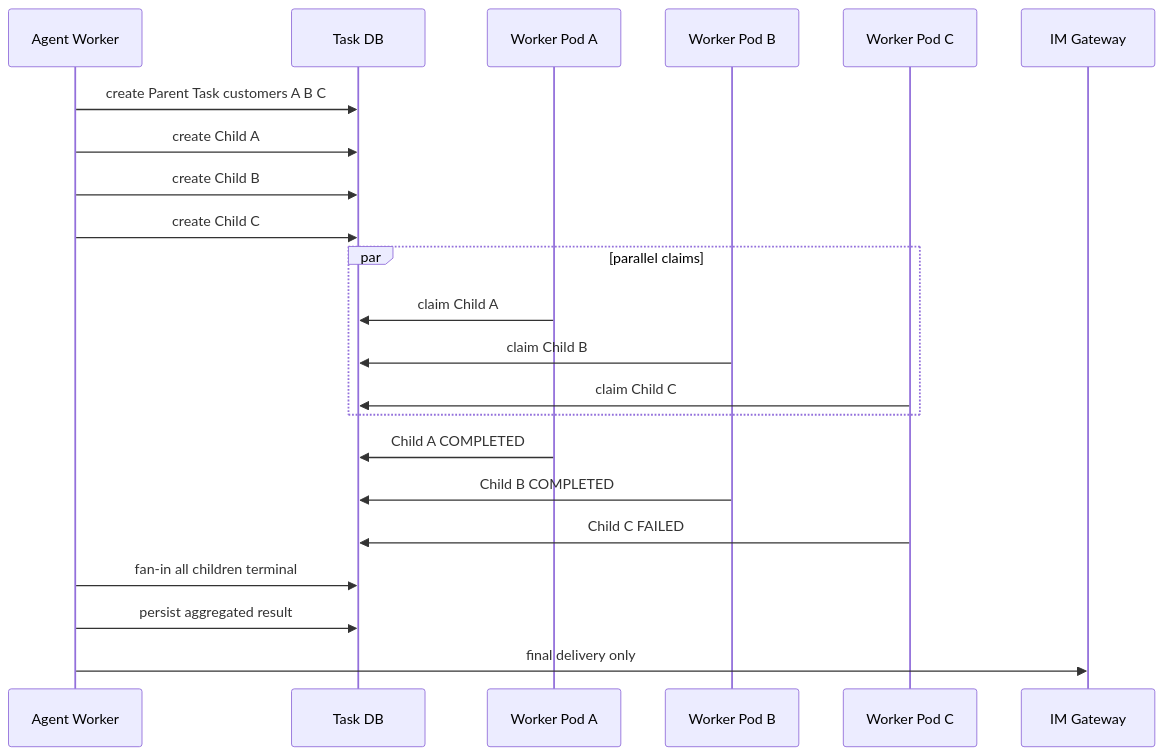
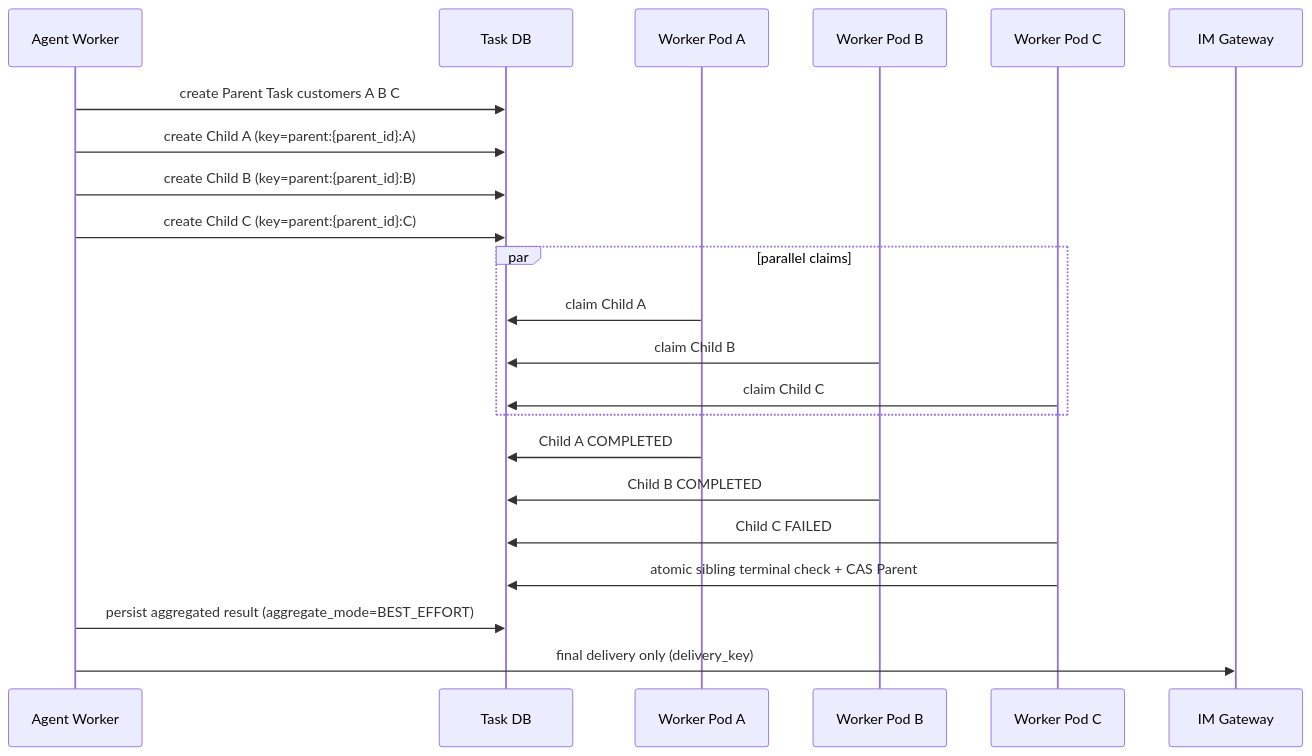
Before and after one commit to Michaelxwb/fluxion-harness: diagram 17 of 22 in docs/08-关键流程时序与状态机详细设计.md, drawn with Mermaid. The commit also changed other lines of this file and 55 other files, not shown here.

````diff
--- a/docs/08-关键流程时序与状态机详细设计.md
+++ b/docs/08-关键流程时序与状态机详细设计.md
@@ -458,27 +485,27 @@
 ```mermaid
 sequenceDiagram
     participant AW as Agent Worker
     participant DB as Task DB
     participant W1 as Worker Pod A
     participant W2 as Worker Pod B
     participant W3 as Worker Pod C
     participant IG as IM Gateway
 
     AW->>DB: create Parent Task customers A B C
-    AW->>DB: create Child A
-    AW->>DB: create Child B
-    AW->>DB: create Child C
+    AW->>DB: create Child A (key=parent:{parent_id}:A)
+    AW->>DB: create Child B (key=parent:{parent_id}:B)
+    AW->>DB: create Child C (key=parent:{parent_id}:C)
 
     par parallel claims
       W1->>DB: claim Child A
       W2->>DB: claim Child B
       W3->>DB: claim Child C
     end
 
     W1->>DB: Child A COMPLETED
     W2->>DB: Child B COMPLETED
     W3->>DB: Child C FAILED
-    AW->>DB: fan-in all children terminal
-    AW->>DB: persist aggregated result
-    AW->>IG: final delivery only
+    W3->>DB: atomic sibling terminal check + CAS Parent
+    AW->>DB: persist aggregated result (aggregate_mode=BEST_EFFORT)
+    AW->>IG: final delivery only (delivery_key)
 ```
````
